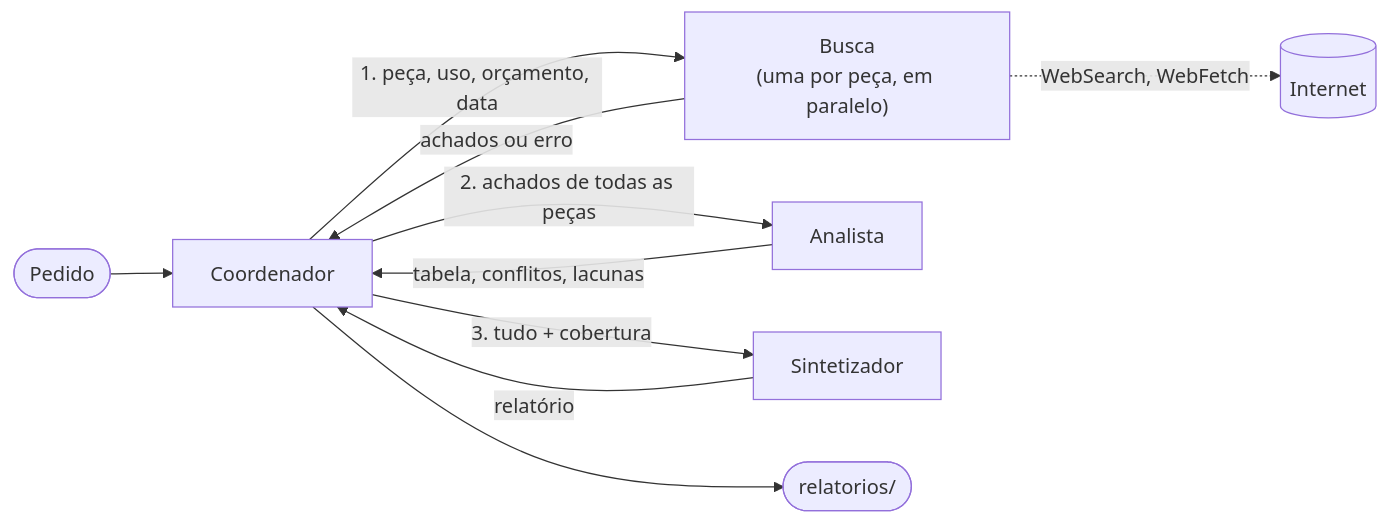
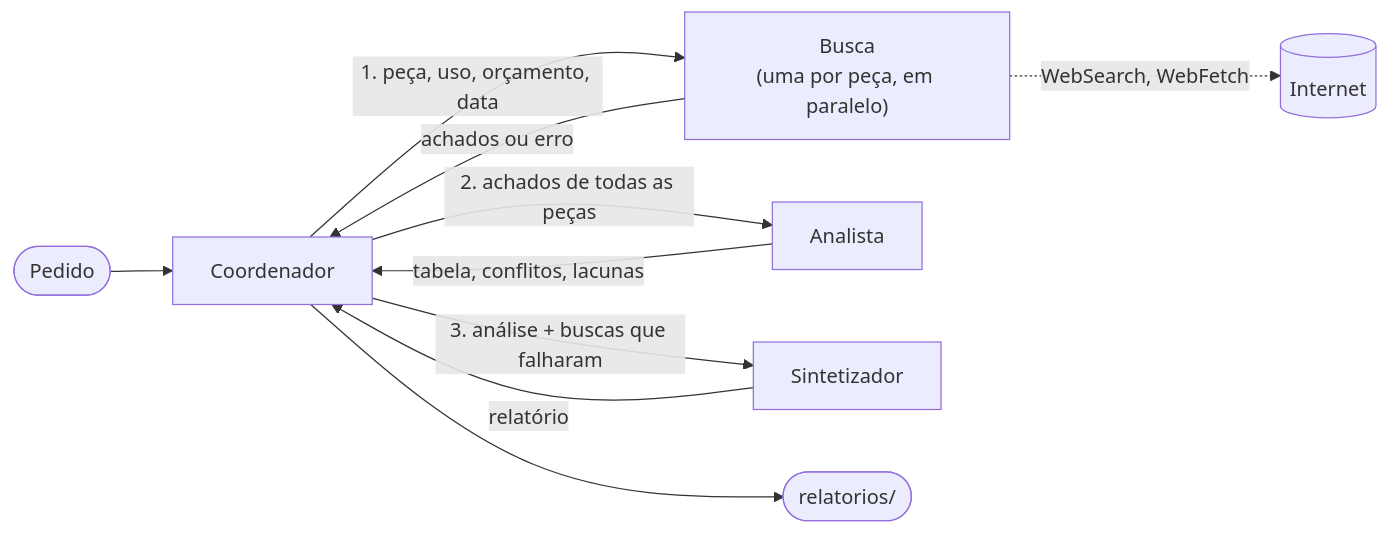
One commit to petrecaLeo/hardware-research-agents changed the diagram in docs/arquitetura.md. Above: the diagram before and after it, drawn with Mermaid. The commit also changed other lines of this file and 11 other files, not shown here.

````diff
--- a/docs/arquitetura.md
+++ b/docs/arquitetura.md
@@ -5,12 +5,12 @@
 ```mermaid
 flowchart LR
     U([Pedido]) --> C[Coordenador]
     C -- "1. peça, uso, orçamento, data" --> B["Busca<br/>(uma por peça, em paralelo)"]
     B -- "achados ou erro" --> C
     C -- "2. achados de todas as peças" --> A[Analista]
     A -- "tabela, conflitos, lacunas" --> C
-    C -- "3. tudo + cobertura" --> S[Sintetizador]
+    C -- "3. análise + buscas que falharam" --> S[Sintetizador]
     S -- "relatório" --> C
     C --> R([relatorios/])
     B -. "WebSearch, WebFetch" .-> W[(Internet)]
 ```
````
